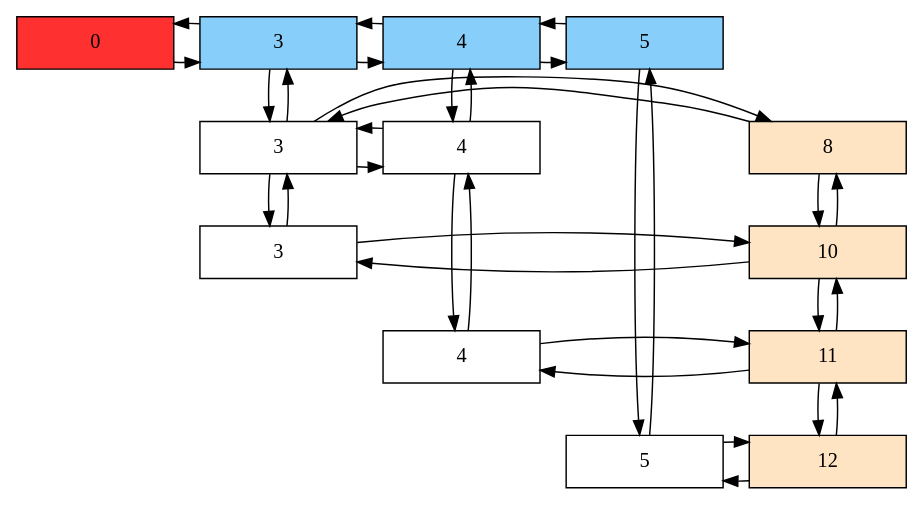
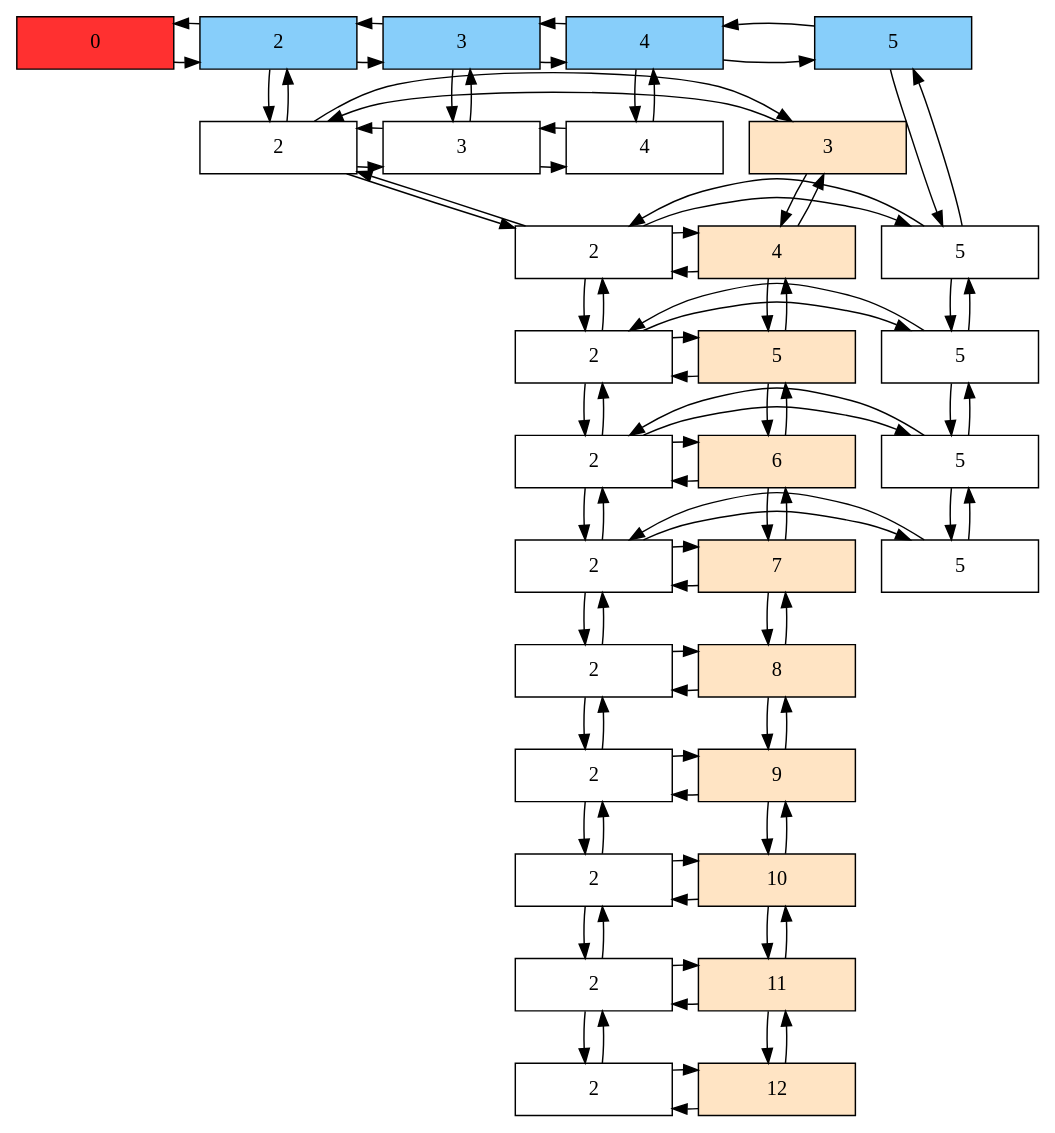
The diagram in cmake-build-debug/matrix.dot (EdsonArmando/EDD_2S2019_PY1_201701029), drawn with Graphviz before and after one commit. The commit also changed 113 other files, not shown here.

```diff
--- a/cmake-build-debug/matrix.dot
+++ b/cmake-build-debug/matrix.dot
@@ -1,56 +1,143 @@
 digraph Sparce_Matrix {
  node [shape=box]
   Mt[ label = "0", width = 1.5, style = filled, fillcolor = firebrick1, group = 1 ];
 e0[ shape = point, width = 0 ];
  e1[ shape = point, width = 0 ];
+U3[label = "3" pos = "5.3,3.5!" width = 1.5 style = filled, fillcolor = bisque1, group = 1 ];
+U3 -> N2_L3
+N2_L3 ->U3
+U3 -> U4
+U4 -> U3
+N2_L3 -> N2_L4
+N2_L4 -> N2_L3
+N2_L3[label = "2" width = 1.5, group = 2 ];
+{ rank = same; U3;N2_L3; }
+N2_L3 -> N3_L3
+N3_L3 -> N2_L3
+N3_L3[label = "3" width = 1.5, group = 2 ];
+{ rank = same; U3;N3_L3; }
+N3_L3 -> N4_L3
+N4_L3 -> N3_L3
+N4_L3[label = "4" width = 1.5, group = 2 ];
+{ rank = same; U3;N4_L3; }
+U4[label = "4" pos = "5.3,3.5!" width = 1.5 style = filled, fillcolor = bisque1, group = 1 ];
+U4 -> N2_L4
+N2_L4 ->U4
+U4 -> U5
+U5 -> U4
+N2_L4 -> N2_L5
+N2_L5 -> N2_L4
+N2_L4[label = "2" width = 1.5, group = 2 ];
+{ rank = same; U4;N2_L4; }
+N2_L4 -> N5_L4
+N5_L4 -> N2_L4
+N5_L4 -> N5_L5
+N5_L5 -> N5_L4
+N5_L4[label = "5" width = 1.5, group = 2 ];
+{ rank = same; U4;N5_L4; }
+U5[label = "5" pos = "5.3,3.5!" width = 1.5 style = filled, fillcolor = bisque1, group = 1 ];
+U5 -> N2_L5
+N2_L5 ->U5
+U5 -> U6
+U6 -> U5
+N2_L5 -> N2_L6
+N2_L6 -> N2_L5
+N2_L5[label = "2" width = 1.5, group = 2 ];
+{ rank = same; U5;N2_L5; }
+N2_L5 -> N5_L5
+N5_L5 -> N2_L5
+N5_L5 -> N5_L6
+N5_L6 -> N5_L5
+N5_L5[label = "5" width = 1.5, group = 2 ];
+{ rank = same; U5;N5_L5; }
+U6[label = "6" pos = "5.3,3.5!" width = 1.5 style = filled, fillcolor = bisque1, group = 1 ];
+U6 -> N2_L6
+N2_L6 ->U6
+U6 -> U7
+U7 -> U6
+N2_L6 -> N2_L7
+N2_L7 -> N2_L6
+N2_L6[label = "2" width = 1.5, group = 2 ];
+{ rank = same; U6;N2_L6; }
+N2_L6 -> N5_L6
+N5_L6 -> N2_L6
+N5_L6 -> N5_L7
+N5_L7 -> N5_L6
+N5_L6[label = "5" width = 1.5, group = 2 ];
+{ rank = same; U6;N5_L6; }
+U7[label = "7" pos = "5.3,3.5!" width = 1.5 style = filled, fillcolor = bisque1, group = 1 ];
+U7 -> N2_L7
+N2_L7 ->U7
+U7 -> U8
+U8 -> U7
+N2_L7 -> N2_L8
+N2_L8 -> N2_L7
+N2_L7[label = "2" width = 1.5, group = 2 ];
+{ rank = same; U7;N2_L7; }
+N2_L7 -> N5_L7
+N5_L7 -> N2_L7
+N5_L7[label = "5" width = 1.5, group = 2 ];
+{ rank = same; U7;N5_L7; }
 U8[label = "8" pos = "5.3,3.5!" width = 1.5 style = filled, fillcolor = bisque1, group = 1 ];
-U8 -> N3_L8
-N3_L8 ->U8
-U8 -> U10
-U10 -> U8
-N3_L8 -> N3_L10
-N3_L10 -> N3_L8
-N3_L8[label = "3" width = 1.5, group = 2 ];
-{ rank = same; U8;N3_L8; }
-N3_L8 -> N4_L8
-N4_L8 -> N3_L8
-N4_L8 -> N4_L11
-N4_L11 -> N4_L8
-N4_L8[label = "4" width = 1.5, group = 2 ];
-{ rank = same; U8;N4_L8; }
+U8 -> N2_L8
+N2_L8 ->U8
+U8 -> U9
+U9 -> U8
+N2_L8 -> N2_L9
+N2_L9 -> N2_L8
+N2_L8[label = "2" width = 1.5, group = 2 ];
+{ rank = same; U8;N2_L8; }
+U9[label = "9" pos = "5.3,3.5!" width = 1.5 style = filled, fillcolor = bisque1, group = 1 ];
+U9 -> N2_L9
+N2_L9 ->U9
+U9 -> U10
+U10 -> U9
+N2_L9 -> N2_L10
+N2_L10 -> N2_L9
+N2_L9[label = "2" width = 1.5, group = 2 ];
+{ rank = same; U9;N2_L9; }
 U10[label = "10" pos = "5.3,3.5!" width = 1.5 style = filled, fillcolor = bisque1, group = 1 ];
-U10 -> N3_L10
-N3_L10 ->U10
+U10 -> N2_L10
+N2_L10 ->U10
 U10 -> U11
 U11 -> U10
-N3_L10[label = "3" width = 1.5, group = 2 ];
-{ rank = same; U10;N3_L10; }
+N2_L10 -> N2_L11
+N2_L11 -> N2_L10
+N2_L10[label = "2" width = 1.5, group = 2 ];
+{ rank = same; U10;N2_L10; }
 U11[label = "11" pos = "5.3,3.5!" width = 1.5 style = filled, fillcolor = bisque1, group = 1 ];
-U11 -> N4_L11
-N4_L11 ->U11
+U11 -> N2_L11
+N2_L11 ->U11
 U11 -> U12
 U12 -> U11
-N4_L11[label = "4" width = 1.5, group = 2 ];
-{ rank = same; U11;N4_L11; }
+N2_L11 -> N2_L12
+N2_L12 -> N2_L11
+N2_L11[label = "2" width = 1.5, group = 2 ];
+{ rank = same; U11;N2_L11; }
 U12[label = "12" pos = "5.3,3.5!" width = 1.5 style = filled, fillcolor = bisque1, group = 1 ];
-U12 -> N5_L12
-N5_L12 ->U12
-N5_L12[label = "5" width = 1.5, group = 2 ];
-{ rank = same; U12;N5_L12; }
-Mt->A3
-A3->Mt
+U12 -> N2_L12
+N2_L12 ->U12
+N2_L12[label = "2" width = 1.5, group = 2 ];
+{ rank = same; U12;N2_L12; }
+Mt->A2
+A2->Mt
+A2[label = "2"   width = 1.5 style = filled, fillcolor = lightskyblue, group = 2 ];
+A2 -> N2_L3
+N2_L3 -> A2
+A2 -> A3
+A3 -> A2
 A3[label = "3"   width = 1.5 style = filled, fillcolor = lightskyblue, group = 2 ];
-A3 -> N3_L8
-N3_L8 -> A3
+A3 -> N3_L3
+N3_L3 -> A3
 A3 -> A4
 A4 -> A3
 A4[label = "4"   width = 1.5 style = filled, fillcolor = lightskyblue, group = 2 ];
-A4 -> N4_L8
-N4_L8 -> A4
+A4 -> N4_L3
+N4_L3 -> A4
 A4 -> A5
 A5 -> A4
 A5[label = "5"   width = 1.5 style = filled, fillcolor = lightskyblue, group = 2 ];
-A5 -> N5_L12
-N5_L12 -> A5
- { rank = same; Mt;A3;A4;A5;}
+A5 -> N5_L4
+N5_L4 -> A5
+ { rank = same; Mt;A2;A3;A4;A5;}
 }
```
